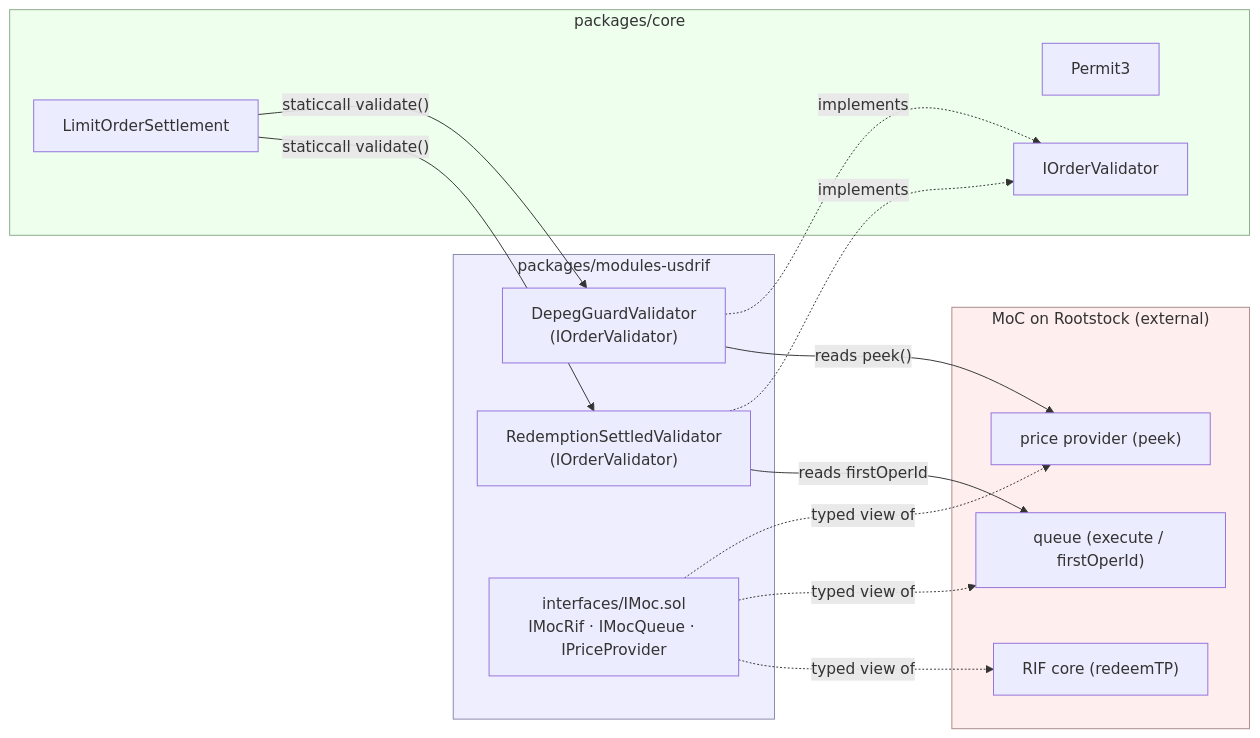
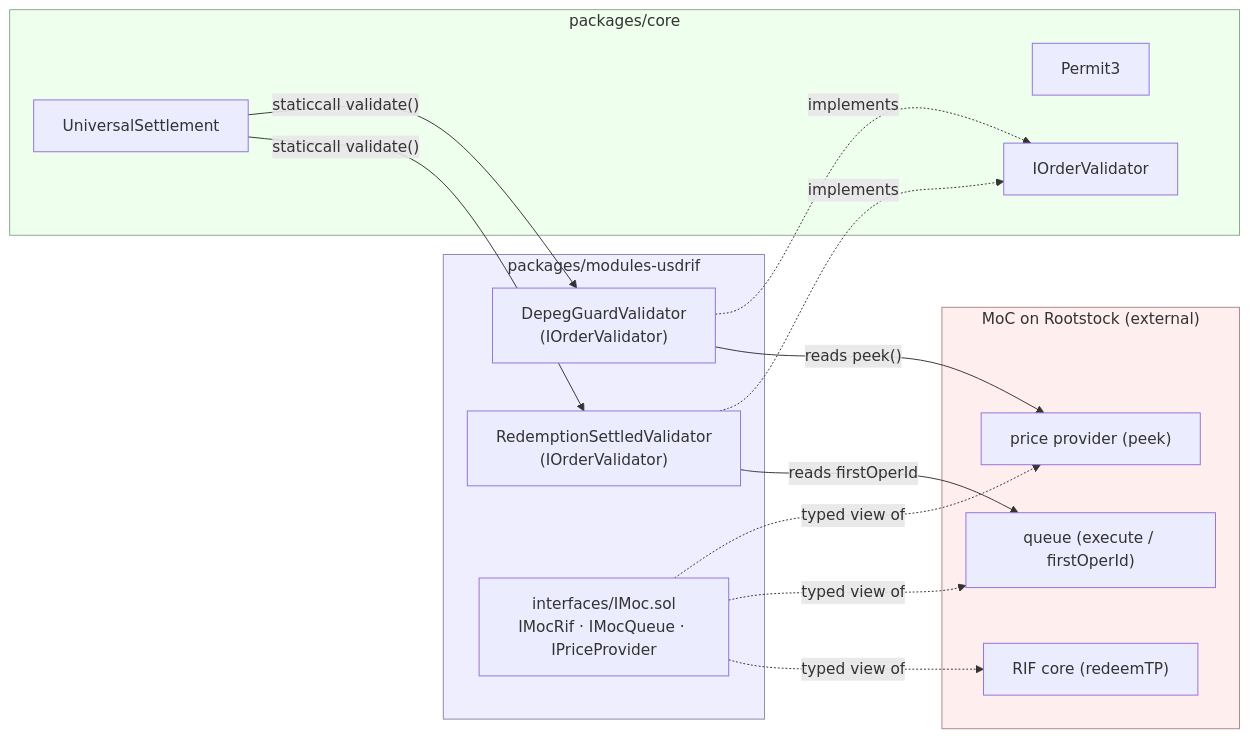
One commit to 1delta-DAO/1delta-X changed the second of 2 diagrams in packages/modules-usdrif/ARCHITECTURE.md. Above: the diagram before and after it, drawn with Mermaid. The commit also changed other lines of this file and 80 other files, not shown here.

````diff
--- a/packages/modules-usdrif/ARCHITECTURE.md
+++ b/packages/modules-usdrif/ARCHITECTURE.md
@@ -109,30 +109,30 @@
 ```mermaid
 flowchart LR
     subgraph usdrif["packages/modules-usdrif"]
         RSV["RedemptionSettledValidator\n(IOrderValidator)"]
         DGV["DepegGuardValidator\n(IOrderValidator)"]
         IMOC["interfaces/IMoc.sol\nIMocRif · IMocQueue · IPriceProvider"]
     end
     subgraph core["packages/core"]
-        SETTLE["LimitOrderSettlement"]
+        SETTLE["UniversalSettlement"]
         P3["Permit3"]
         IOV["IOrderValidator"]
     end
     subgraph moc["MoC on Rootstock (external)"]
         CORE["RIF core (redeemTP)"]
         QUEUE["queue (execute / firstOperId)"]
         PP["price provider (peek)"]
     end
 
     SETTLE -- "staticcall validate()" --> RSV
     SETTLE -- "staticcall validate()" --> DGV
     RSV -- "reads firstOperId" --> QUEUE
     DGV -- "reads peek()" --> PP
     RSV -. implements .-> IOV
     DGV -. implements .-> IOV
     IMOC -. typed view of .-> CORE & QUEUE & PP
 
     style usdrif fill:#eef,stroke:#88a
     style core fill:#efe,stroke:#8a8
     style moc fill:#fee,stroke:#a88
 ```
````
